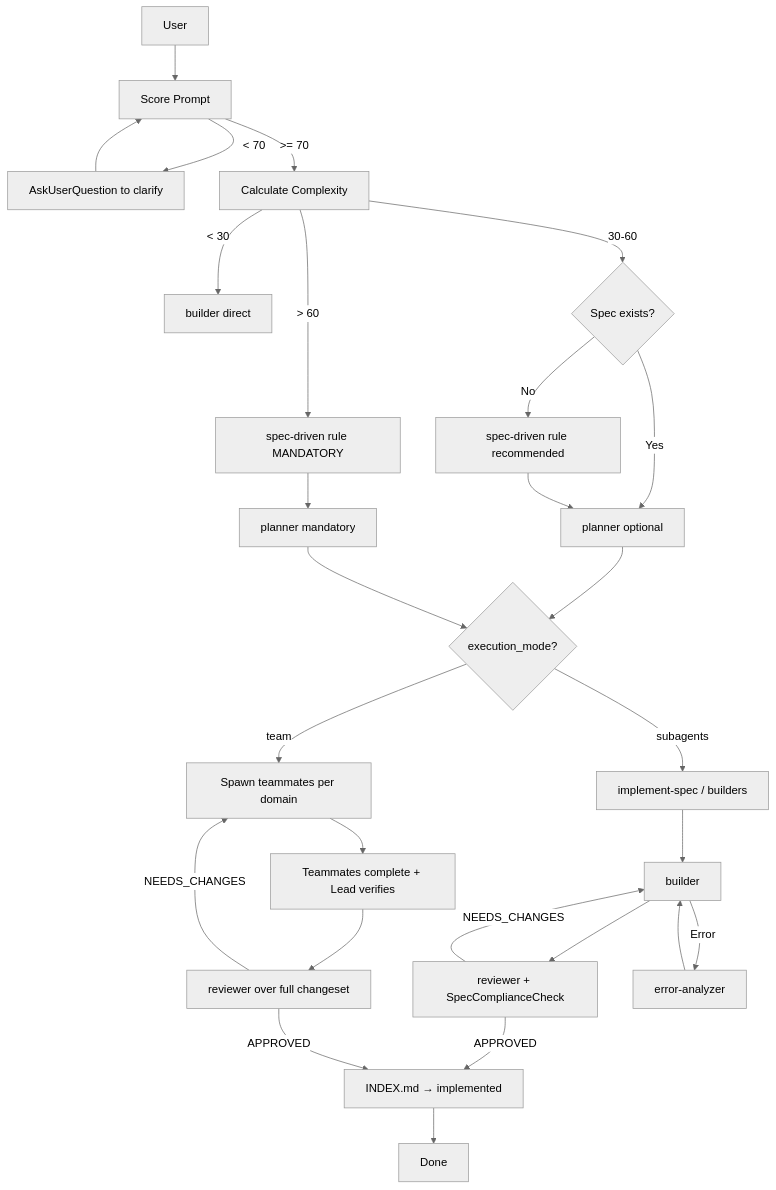
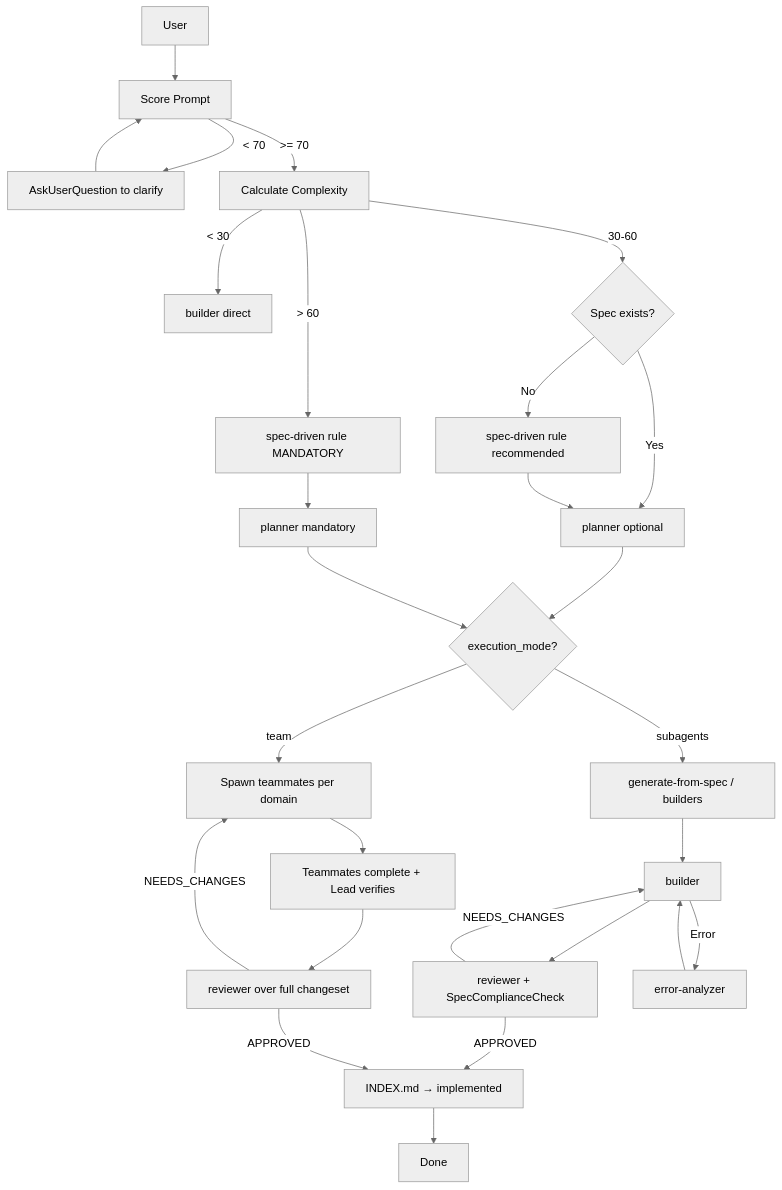
One commit to MaciWP/claude-code-poneglyph changed the first of 3 diagrams in .claude/rules/lead-orchestrator.md. Above: the diagram before and after it, drawn with Mermaid (neutral theme). The commit also changed 3 other files, not shown here.

````diff
--- a/.claude/rules/lead-orchestrator.md
+++ b/.claude/rules/lead-orchestrator.md
@@ -31,28 +31,28 @@
 ```mermaid
 graph TD
     U[User] --> S[Score Prompt]
     S -->|< 70| AUQ[AskUserQuestion to clarify]
     AUQ --> S
     S -->|>= 70| C[Calculate Complexity]
     C -->|< 30| B[builder direct]
     C -->|30-60| SP1{Spec exists?}
     C -->|> 60| SP2[spec-driven rule MANDATORY]
     SP1 -->|Yes| P1[planner optional]
     SP1 -->|No| SG1[spec-driven rule recommended]
     SG1 --> P1
     SP2 --> P2[planner mandatory]
     P1 & P2 --> MD{execution_mode?}
-    MD -->|subagents| IS[implement-spec / builders]
+    MD -->|subagents| IS[generate-from-spec / builders]
     MD -->|team| TM[Spawn teammates per domain]
     IS --> B2[builder]
     TM --> TV[Teammates complete + Lead verifies]
     TV --> R2[reviewer over full changeset]
     B2 --> R[reviewer + SpecComplianceCheck]
     R -->|APPROVED| IX[INDEX.md → implemented]
     R2 -->|APPROVED| IX
     IX --> D[Done]
     R -->|NEEDS_CHANGES| B2
     R2 -->|NEEDS_CHANGES| TM
     B2 -->|Error| EA[error-analyzer]
     EA --> B2
 ```
````
